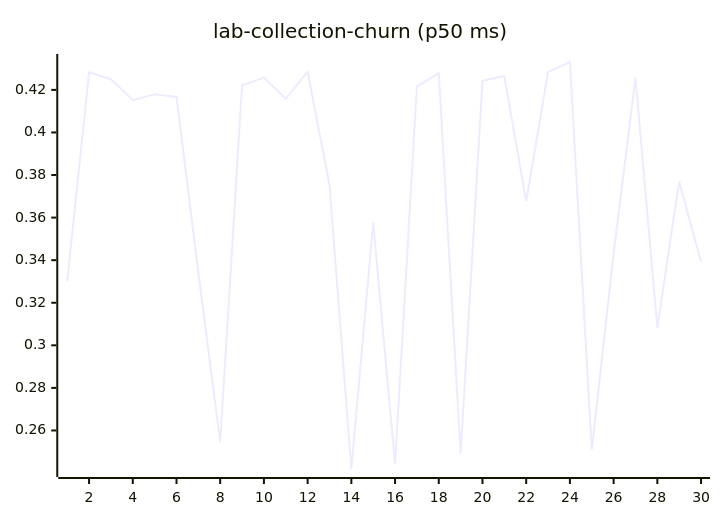
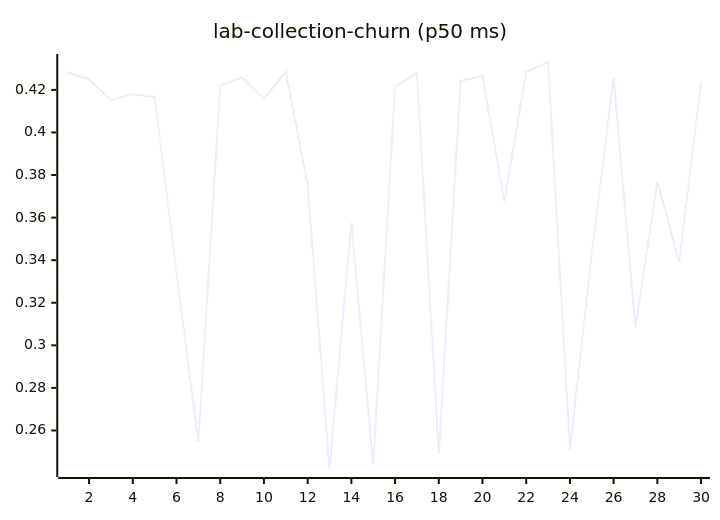
One commit to josha/Facet changed diagram 11 of 27 in README.md. Above: the diagram before and after it, drawn with Mermaid. The commit also changed other lines of this file and 2 other files, not shown here.

````diff
--- a/README.md
+++ b/README.md
@@ -133,6 +133,6 @@
 ```mermaid
 xychart-beta
     title "lab-collection-churn (p50 ms)"
     x-axis 1 --> 30
-    line [0.3301, 0.4283, 0.4250, 0.4152, 0.4180, 0.4167, 0.3342, 0.2545, 0.4221, 0.4258, 0.4158, 0.4286, 0.3753, 0.2419, 0.3575, 0.2441, 0.4215, 0.4279, 0.2490, 0.4243, 0.4265, 0.3676, 0.4284, 0.4331, 0.2510, 0.3432, 0.4256, 0.3083, 0.3769, 0.3392]
+    line [0.4283, 0.4250, 0.4152, 0.4180, 0.4167, 0.3342, 0.2545, 0.4221, 0.4258, 0.4158, 0.4286, 0.3753, 0.2419, 0.3575, 0.2441, 0.4215, 0.4279, 0.2490, 0.4243, 0.4265, 0.3676, 0.4284, 0.4331, 0.2510, 0.3432, 0.4256, 0.3083, 0.3769, 0.3392, 0.4238]
 ```
````
